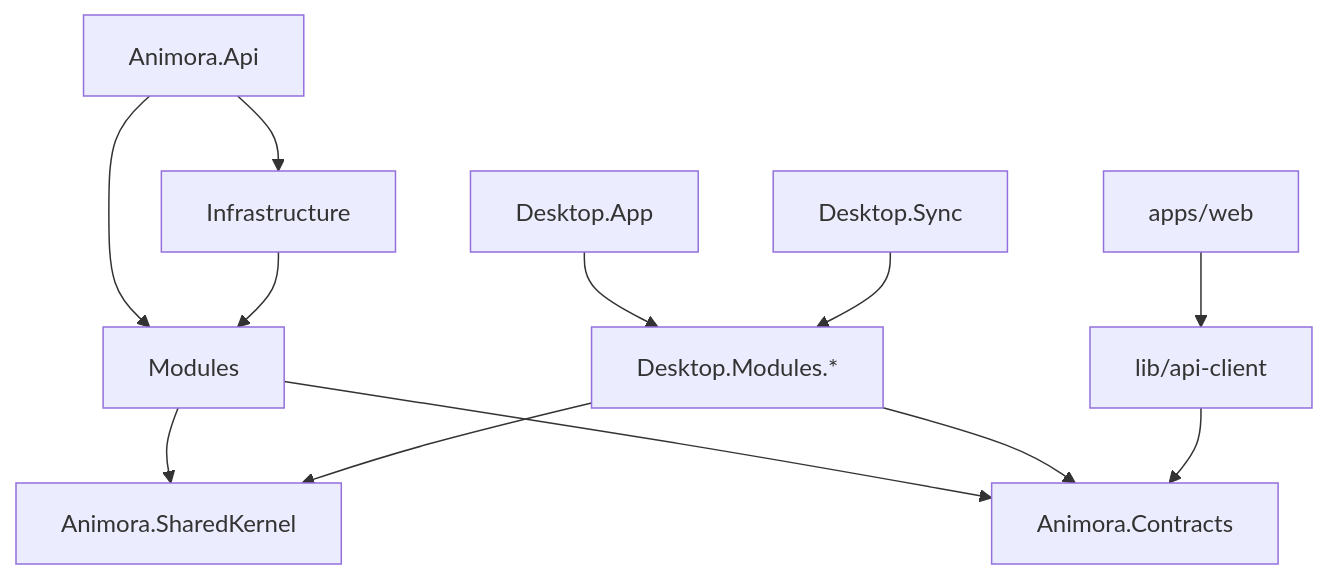
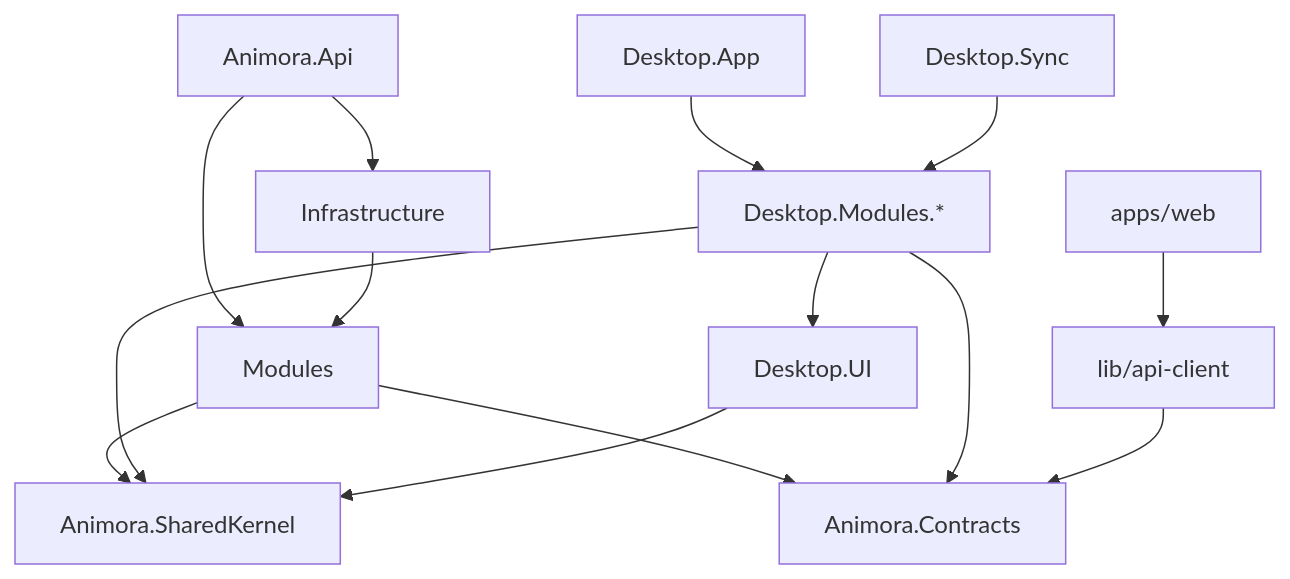
The diagram in docs/architecture/03-solution-structure.md (Arian-Alijani/Animora), drawn with Mermaid before and after one commit. The commit also changed other lines of this file and 226 other files, not shown here.

````diff
--- a/docs/architecture/03-solution-structure.md
+++ b/docs/architecture/03-solution-structure.md
@@ -86,14 +121,16 @@
 ```mermaid
 flowchart TB
     Api[Animora.Api] --> Modules
     Modules --> SharedKernel[Animora.SharedKernel]
     Modules --> Contracts[Animora.Contracts]
     Infrastructure --> Modules
     Api --> Infrastructure
     DesktopApp[Desktop.App] --> DesktopModules[Desktop.Modules.*]
+    DesktopModules --> DesktopUI[Desktop.UI]
     DesktopModules --> SharedKernel
     DesktopModules --> Contracts
+    DesktopUI --> SharedKernel
     DesktopSync[Desktop.Sync] --> DesktopModules
     Web[apps/web] --> ApiClient[lib/api-client]
     ApiClient --> Contracts
 ```
````
